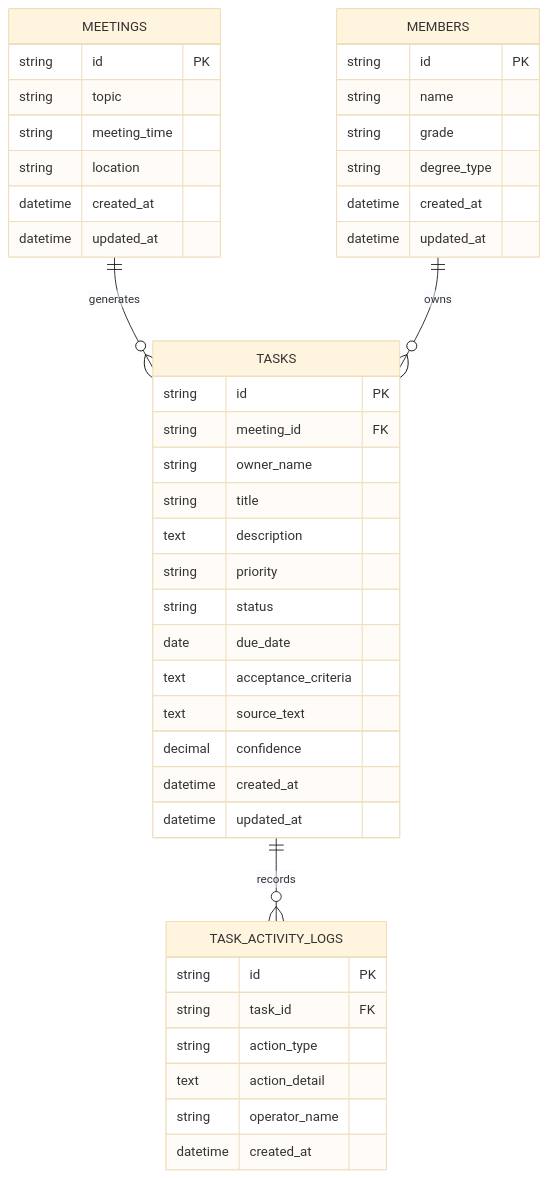
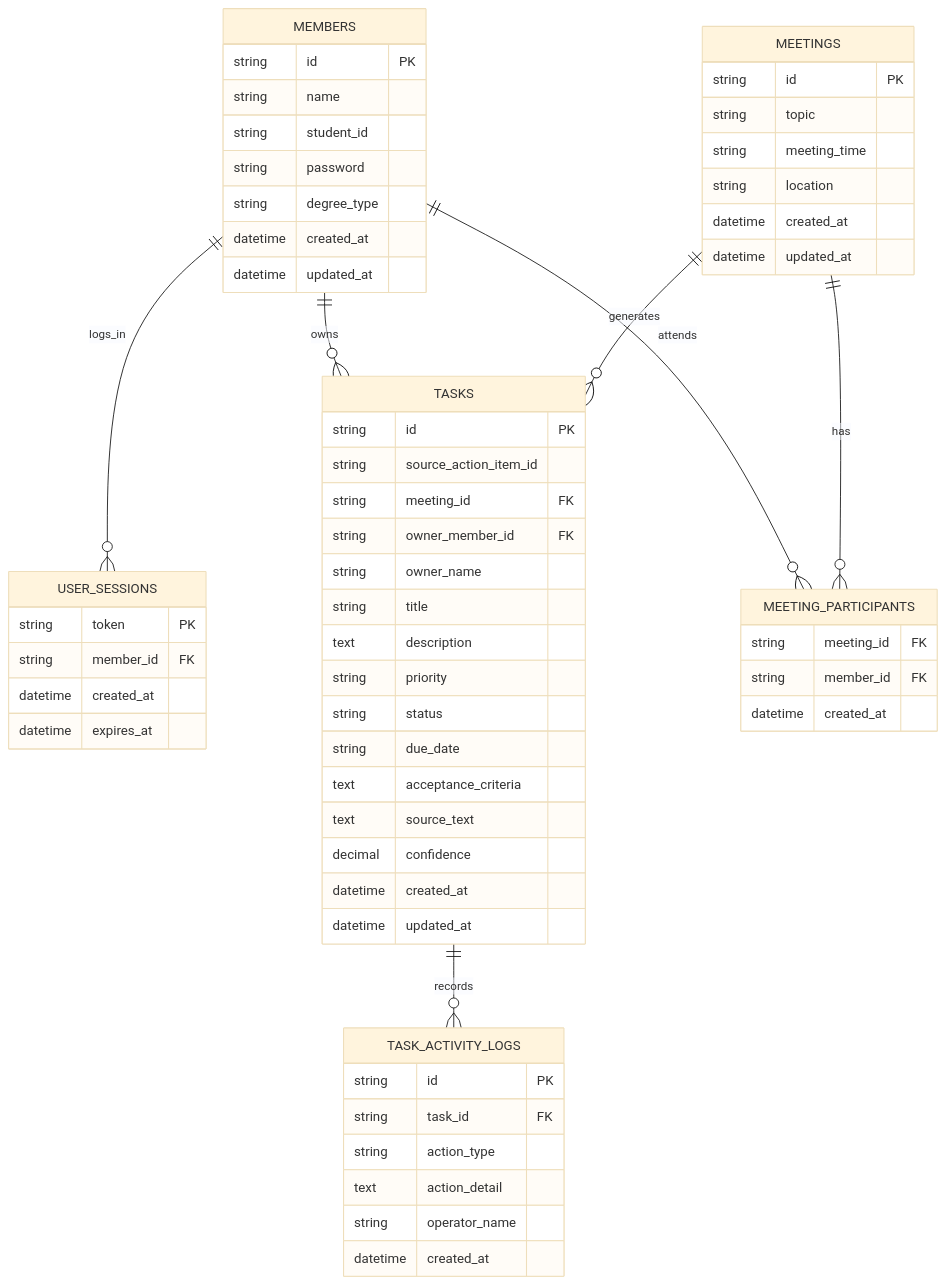
Before and after one commit to Mengyzh-2003/Meeting2Action: the fifth of 5 diagrams in docs/product/module-3-4-architecture.md, drawn with Mermaid (base theme). The commit also changed other lines of this file and 5 other files, not shown here.

````diff
--- a/docs/product/module-3-4-architecture.md
+++ b/docs/product/module-3-4-architecture.md
@@ -144,49 +175,68 @@
 ```mermaid
 erDiagram
+    MEMBERS ||--o{ USER_SESSIONS : logs_in
+    MEMBERS ||--o{ TASKS : owns
+    MEMBERS ||--o{ MEETING_PARTICIPANTS : attends
     MEETINGS ||--o{ TASKS : generates
-    MEMBERS ||--o{ TASKS : owns
+    MEETINGS ||--o{ MEETING_PARTICIPANTS : has
     TASKS ||--o{ TASK_ACTIVITY_LOGS : records
-
-    MEETINGS {
-        string id PK
-        string topic
-        string meeting_time
-        string location
-        datetime created_at
-        datetime updated_at
-    }
 
     MEMBERS {
         string id PK
         string name
-        string grade
+        string student_id
+        string password
         string degree_type
         datetime created_at
         datetime updated_at
     }
 
+    USER_SESSIONS {
+        string token PK
+        string member_id FK
+        datetime created_at
+        datetime expires_at
+    }
+
     TASKS {
         string id PK
+        string source_action_item_id
         string meeting_id FK
+        string owner_member_id FK
         string owner_name
         string title
         text description
         string priority
         string status
-        date due_date
+        string due_date
         text acceptance_criteria
         text source_text
         decimal confidence
         datetime created_at
         datetime updated_at
     }
 
     TASK_ACTIVITY_LOGS {
         string id PK
         string task_id FK
         string action_type
         text action_detail
         string operator_name
         datetime created_at
     }
+
+    MEETINGS {
+        string id PK
+        string topic
+        string meeting_time
+        string location
+        datetime created_at
+        datetime updated_at
+    }
+
+    MEETING_PARTICIPANTS {
+        string meeting_id FK
+        string member_id FK
+        datetime created_at
+    }
 ```
````
